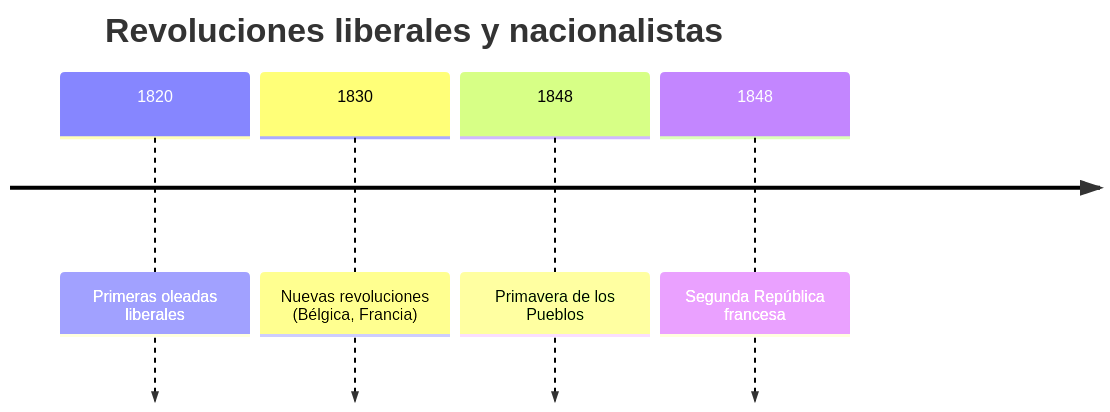
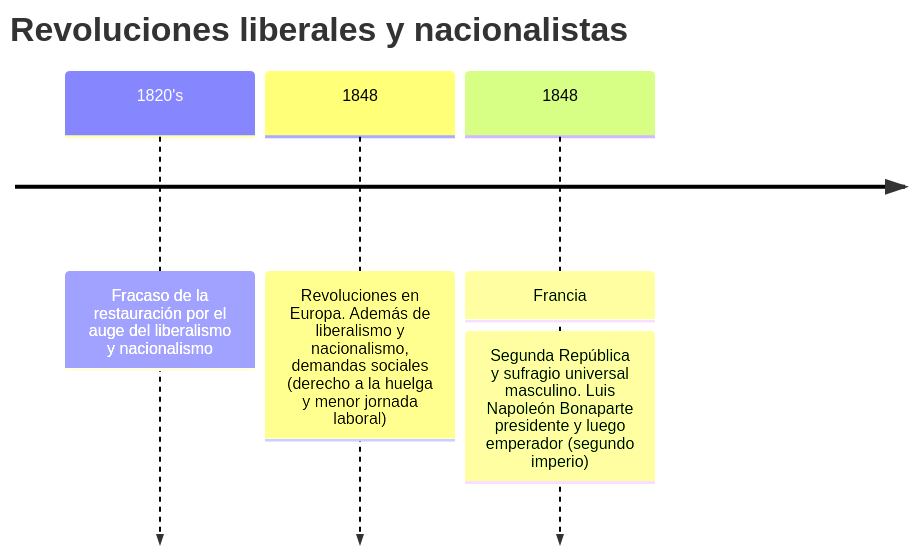
Before and after one commit to ajab138/OscarColegio: the seventh of 10 diagrams in Historia y Geografia/Tema2. Las revoluciones liberales.md, drawn with Mermaid. The commit also changed other lines of this file, not shown here.

````diff
--- a/Historia y Geografia/Tema2. Las revoluciones liberales.md
+++ b/Historia y Geografia/Tema2. Las revoluciones liberales.md
@@ -142,8 +78,7 @@
 ```mermaid
 timeline
   title Revoluciones liberales y nacionalistas
-  1820 : Primeras oleadas liberales
-  1830 : Nuevas revoluciones (Bélgica, Francia)
-  1848 : Primavera de los Pueblos
-  1848 : Segunda República francesa
+  1820's : Fracaso de la restauración por el auge del liberalismo y nacionalismo
+  1848 : Revoluciones en Europa. Además de liberalismo y nacionalismo, demandas sociales (derecho a la huelga y menor jornada laboral)
+  1848 : Francia: Segunda República y sufragio universal masculino. Luis Napoleón Bonaparte presidente y luego emperador (segundo imperio)
 ```
````
